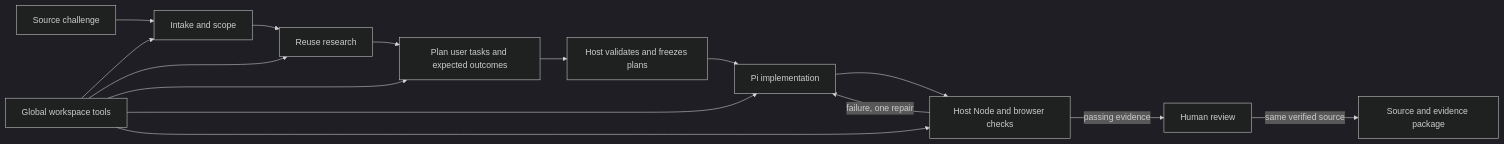
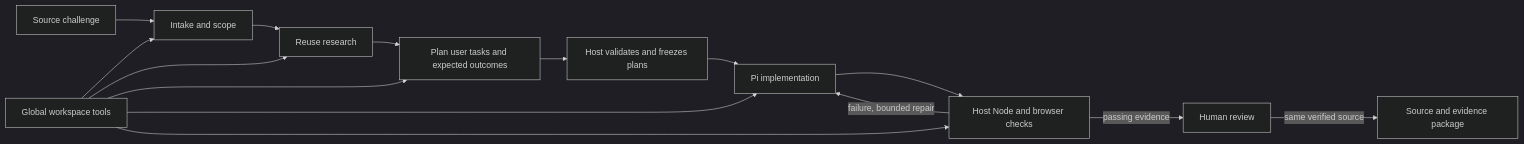
Before and after one commit to danjung9/FleetHarness: the diagram in docs/pipeline.md, drawn with Mermaid (dark theme). The commit also changed other lines of this file and 74 other files, not shown here.

````diff
--- a/docs/pipeline.md
+++ b/docs/pipeline.md
@@ -46,17 +46,17 @@
 ```mermaid
 flowchart LR
   C[Source challenge] --> I[Intake and scope]
   I --> R[Reuse research]
   R --> P[Plan user tasks and expected outcomes]
   P --> F[Host validates and freezes plans]
   F --> B[Pi implementation]
   G[Global workspace tools] --> I
   G --> R
   G --> P
   G --> B
   G --> V
   B --> V[Host Node and browser checks]
-  V -->|failure, one repair| B
+  V -->|failure, bounded repair| B
   V -->|passing evidence| H[Human review]
   H -->|same verified source| D[Source and evidence package]
 ```
````
